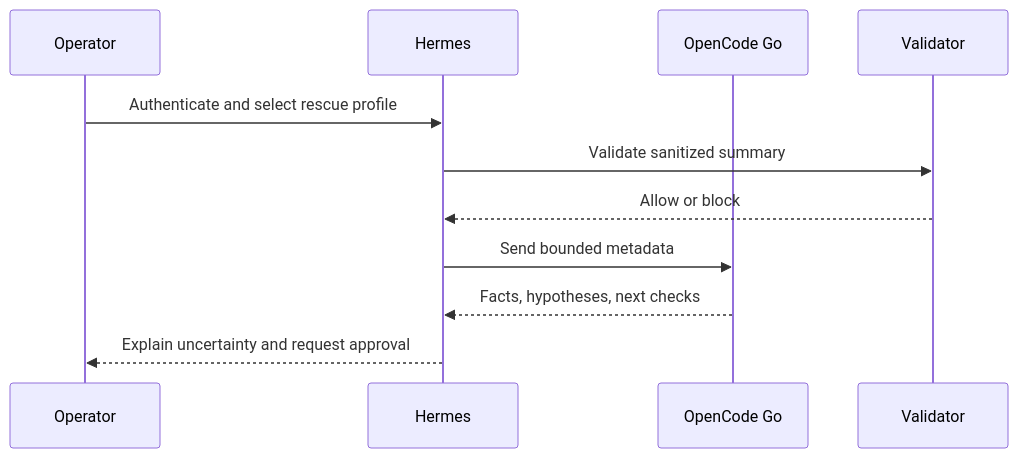
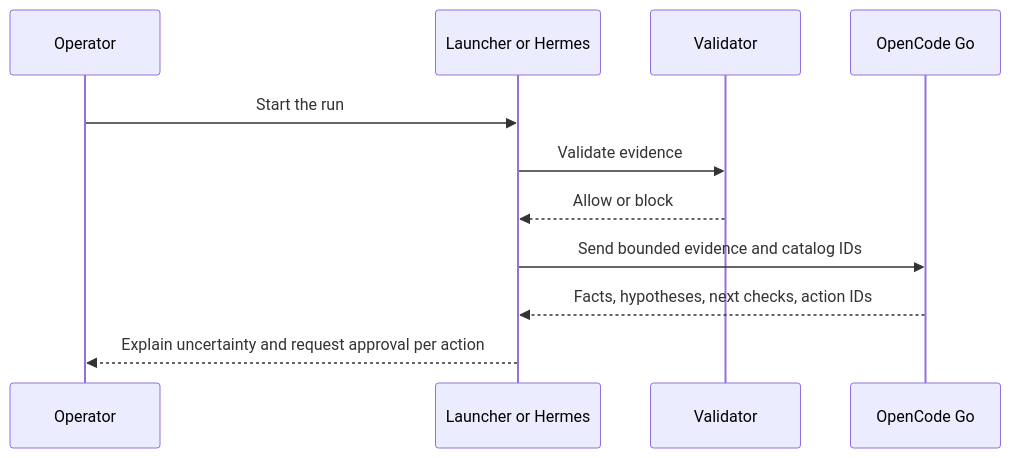
One commit to ahliweb/linux-mint-xfce-rescue-ai changed the tenth of 16 diagrams in docs/design.md. Above: the diagram before and after it, drawn with Mermaid. The commit also changed other lines of this file and 1 other file, not shown here.

First line of the commit message:
docs: rewrite README (status table, quick starts) and design (whole-flow diagrams)

````diff
--- a/docs/design.md
+++ b/docs/design.md
@@ -134,13 +236,13 @@
 ```mermaid
 sequenceDiagram
     participant Op as Operator
-    participant H as Hermes
+    participant H as Launcher or Hermes
+    participant V as Validator
     participant G as OpenCode Go
-    participant V as Validator
-    Op->>H: Authenticate and select rescue profile
-    H->>V: Validate sanitized summary
+    Op->>H: Start the run
+    H->>V: Validate evidence
     V-->>H: Allow or block
-    H->>G: Send bounded metadata
-    G-->>H: Facts, hypotheses, next checks
-    H-->>Op: Explain uncertainty and request approval
+    H->>G: Send bounded evidence and catalog IDs
+    G-->>H: Facts, hypotheses, next checks, action IDs
+    H-->>Op: Explain uncertainty and request approval per action
 ```
````
